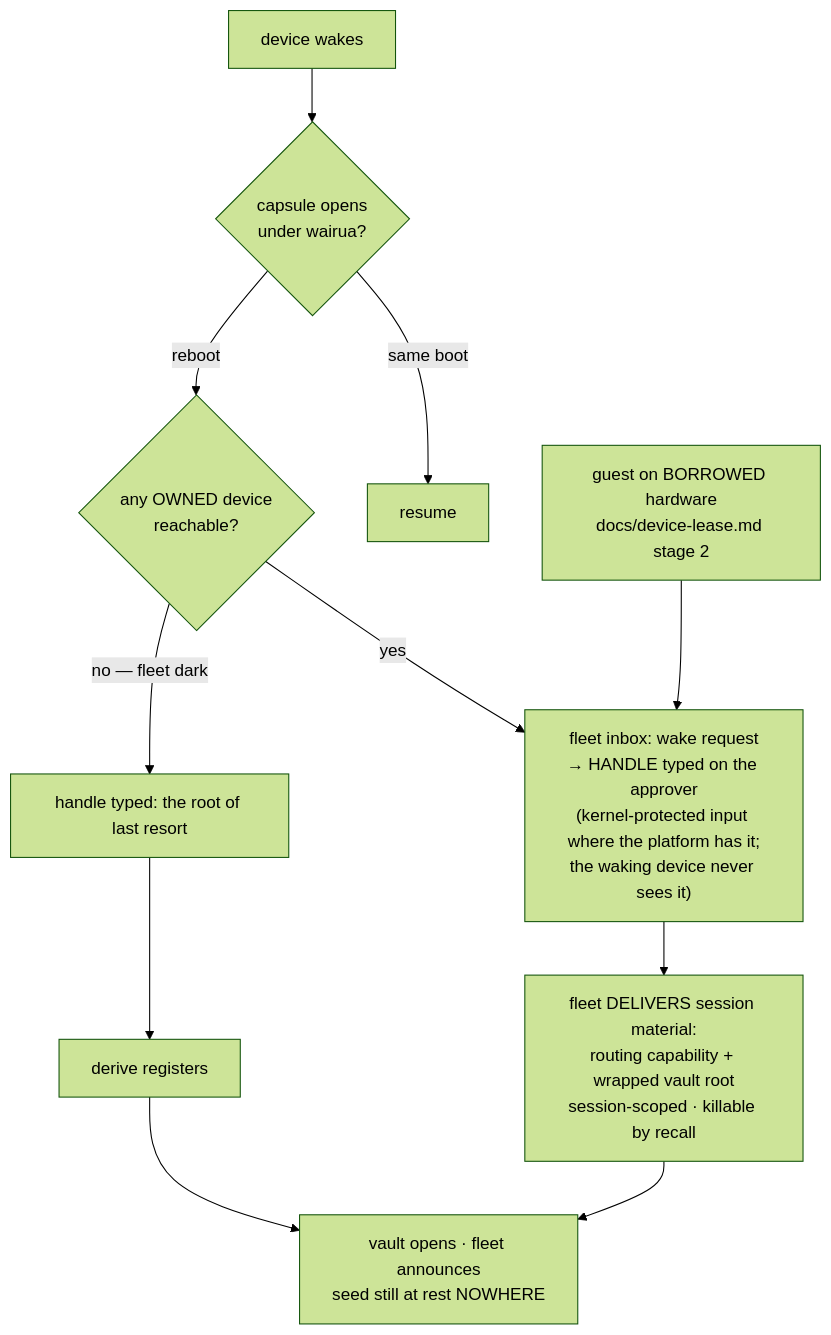
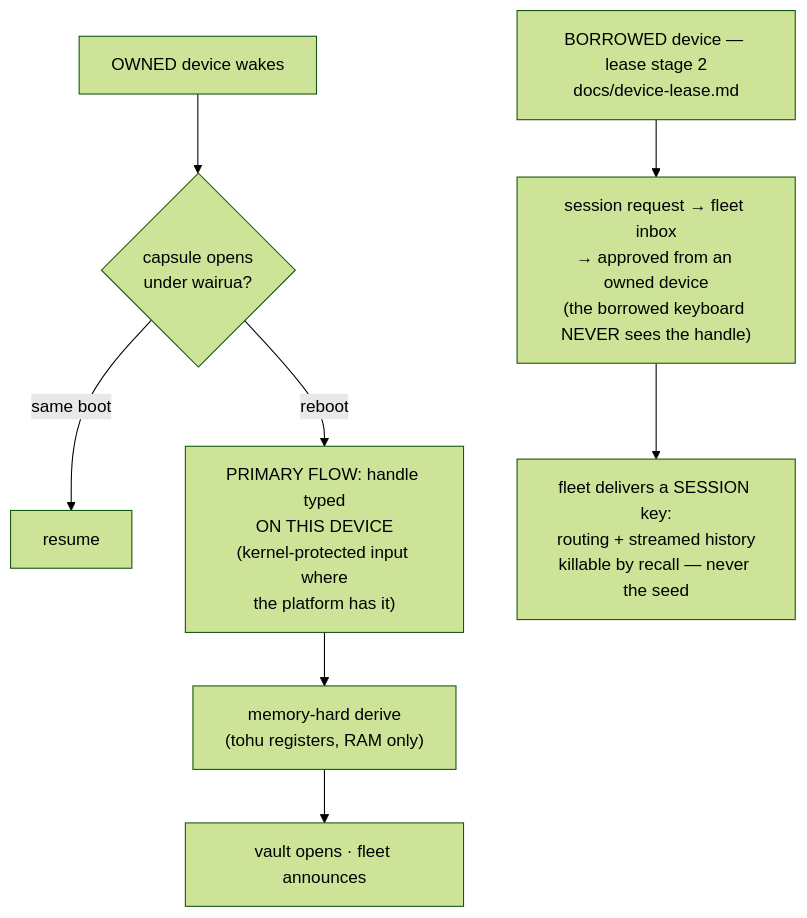
One commit to nickspiker/photon changed the second of 2 diagrams in docs/key-custody.md. Above: the diagram before and after it, drawn with Mermaid (forest theme). The commit also changed other lines of this file and 1 other file, not shown here.

First line of the commit message:
key custody settled: owned hardware = direct handle entry on the device, the delegated session is the lease's alone

````diff
--- a/docs/key-custody.md
+++ b/docs/key-custody.md
@@ -38,12 +38,9 @@
 ```mermaid
 flowchart TD
-    W[device wakes] --> C{capsule opens\nunder wairua?}
+    W[OWNED device wakes] --> C{capsule opens\nunder wairua?}
     C -- "same boot" --> R[resume]
-    C -- reboot --> F{any OWNED device\nreachable?}
-    F -- yes --> A["fleet inbox: wake request\n→ HANDLE typed on the approver\n(kernel-protected input where the platform has it;\nthe waking device never sees it)"]
-    A --> S["fleet DELIVERS session material:\nrouting capability + wrapped vault root\nsession-scoped · killable by recall"]
-    S --> V[vault opens · fleet announces\nseed still at rest NOWHERE]
-    F -- "no — fleet dark" --> H[handle typed: the root of last resort]
-    H --> D[derive registers] --> V
-    G[guest on BORROWED hardware\ndocs/device-lease.md stage 2] --> A
+    C -- reboot --> H["PRIMARY FLOW: handle typed\nON THIS DEVICE\n(kernel-protected input where\nthe platform has it)"]
+    H --> D["memory-hard derive\n(tohu registers, RAM only)"] --> V[vault opens · fleet announces]
+    G[BORROWED device — lease stage 2\ndocs/device-lease.md] --> A["session request → fleet inbox\n→ approved from an owned device\n(the borrowed keyboard NEVER sees the handle)"]
+    A --> S["fleet delivers a SESSION key:\nrouting + streamed history\nkillable by recall — never the seed"]
 ```
````
